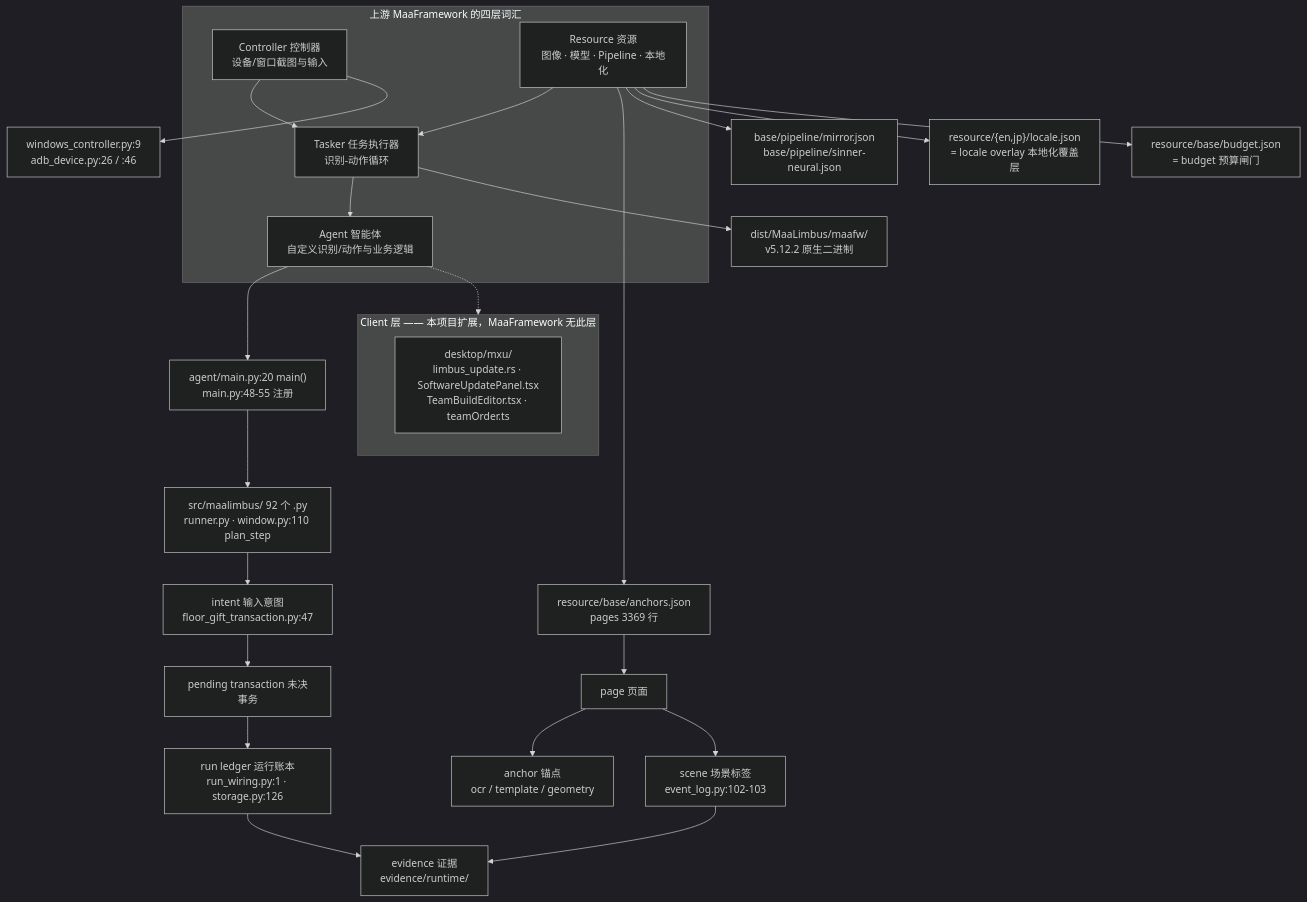
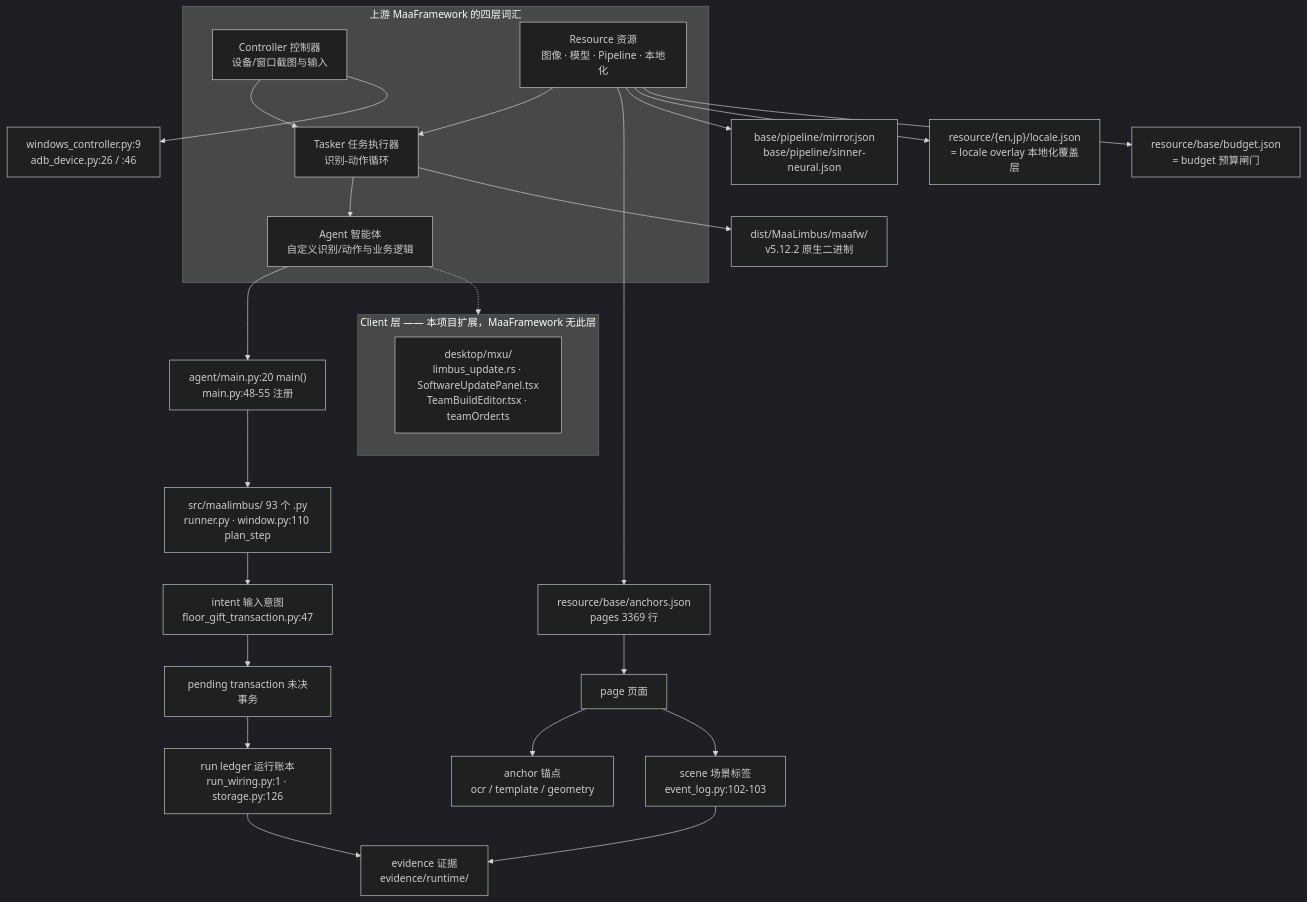
The second of 2 diagrams in docs/wiki/zh_cn/1-overview.md (sairaisaika/MaaLimbus), drawn with Mermaid (dark theme) before and after one commit. The commit also changed other lines of this file and 28 other files, not shown here.

Commit message:
Fix entry reconciliation shadowing and document engineering diagram semantics

````diff
--- a/docs/wiki/zh_cn/1-overview.md
+++ b/docs/wiki/zh_cn/1-overview.md
@@ -134,35 +134,35 @@
 ```mermaid
 flowchart TD
   subgraph UP["上游 MaaFramework 的四层词汇"]
     CTRL["Controller 控制器<br/>设备/窗口截图与输入"]
     RES["Resource 资源<br/>图像 · 模型 · Pipeline · 本地化"]
     TASKER["Tasker 任务执行器<br/>识别-动作循环"]
     AGENTL["Agent 智能体<br/>自定义识别/动作与业务逻辑"]
   end
   CTRL --> TASKER
   RES --> TASKER
   TASKER --> AGENTL
 
   CTRL --> C1["windows_controller.py:9<br/>adb_device.py:26 / :46"]
   RES --> R1["resource/base/anchors.json<br/>pages 3369 行"]
   RES --> R2["base/pipeline/mirror.json<br/>base/pipeline/sinner-neural.json"]
   RES --> R3["resource/{en,jp}/locale.json<br/>= locale overlay 本地化覆盖层"]
   RES --> R4["resource/base/budget.json<br/>= budget 预算闸门"]
   TASKER --> K1["dist/MaaLimbus/maafw/<br/>v5.12.2 原生二进制"]
 
   AGENTL --> A1["agent/main.py:20 main()<br/>main.py:48-55 注册"]
-  A1 --> A2["src/maalimbus/ 92 个 .py<br/>runner.py · window.py:110 plan_step"]
+  A1 --> A2["src/maalimbus/ 93 个 .py<br/>runner.py · window.py:110 plan_step"]
   R1 --> P1["page 页面"]
   P1 --> K2["anchor 锚点<br/>ocr / template / geometry"]
   P1 --> S1["scene 场景标签<br/>event_log.py:102-103"]
   A2 --> I1["intent 输入意图<br/>floor_gift_transaction.py:47"]
   I1 --> X1["pending transaction 未决事务"]
   X1 --> L1["run ledger 运行账本<br/>run_wiring.py:1 · storage.py:126"]
   S1 --> E1["evidence 证据<br/>evidence/runtime/"]
   L1 --> E1
 
   subgraph EXT["Client 层 —— 本项目扩展，MaaFramework 无此层"]
     M1["desktop/mxu/<br/>limbus_update.rs · SoftwareUpdatePanel.tsx<br/>TeamBuildEditor.tsx · teamOrder.ts"]
   end
   AGENTL -.-> EXT
 ```
````
